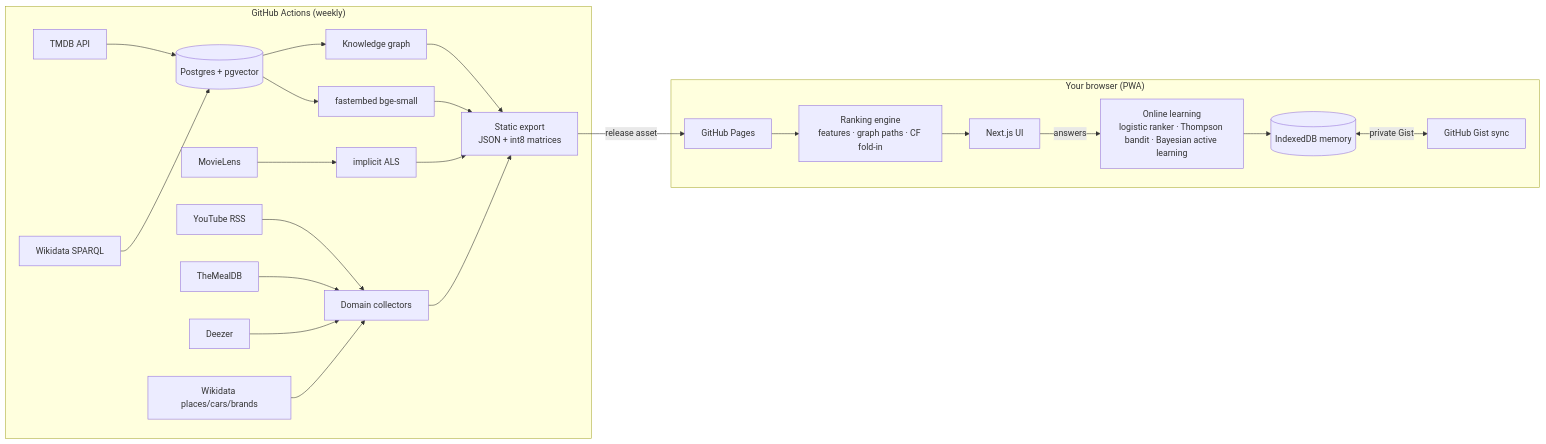
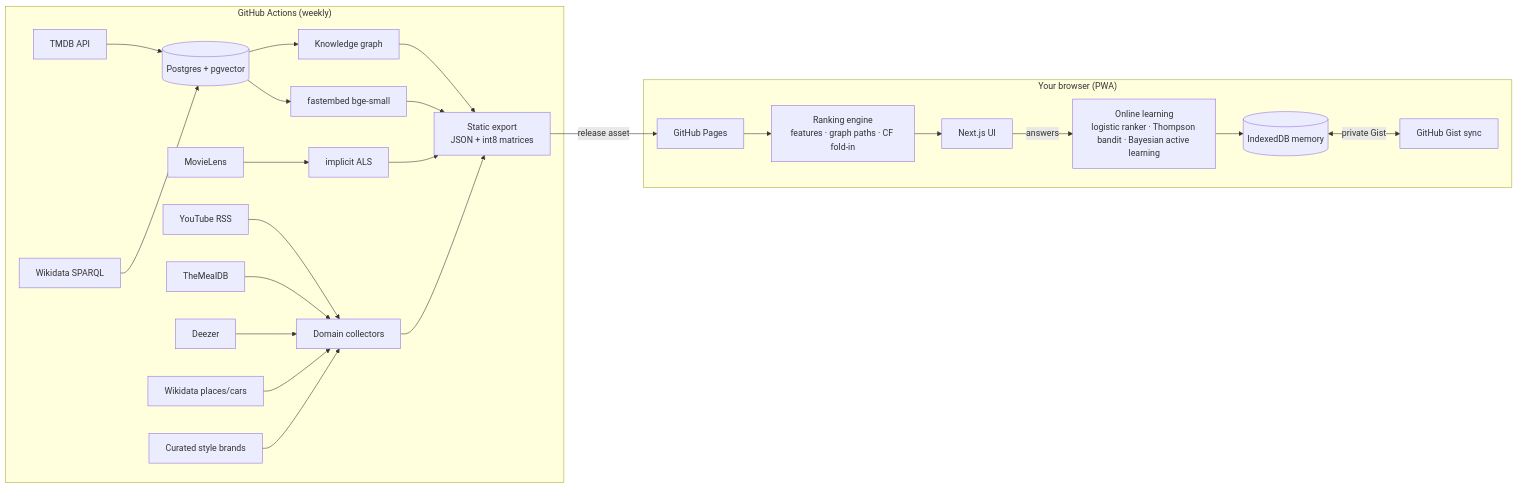
One commit to Polluxgnr/cinegraph changed the diagram in README.md. Above: the diagram before and after it, drawn with Mermaid. The commit also changed other lines of this file and 16 other files, not shown here.

````diff
--- a/README.md
+++ b/README.md
@@ -25,20 +26,20 @@
 ```mermaid
 flowchart LR
   subgraph CI["GitHub Actions (weekly)"]
     T[TMDB API] --> PG[(Postgres + pgvector)]
     W[Wikidata SPARQL] --> PG
     ML[MovieLens] --> ALS[implicit ALS]
     PG --> KG[Knowledge graph]
     PG --> EMB[fastembed bge-small]
-    YT[YouTube RSS] & MDB[TheMealDB] & DZ[Deezer] & WD2[Wikidata places/cars/brands] --> DOM[Domain collectors]
+    YT[YouTube RSS] & MDB[TheMealDB] & DZ[Deezer] & WD2[Wikidata places/cars] & STY[Curated style brands] --> DOM[Domain collectors]
     KG & EMB & ALS & DOM --> EXP[Static export<br/>JSON + int8 matrices]
   end
   EXP -->|release asset| PAGES[GitHub Pages]
   subgraph Browser["Your browser (PWA)"]
     PAGES --> ENG[Ranking engine<br/>features · graph paths · CF fold-in]
     ENG --> UI[Next.js UI]
     UI -->|answers| LEARN[Online learning<br/>logistic ranker · Thompson bandit · Bayesian active learning]
     LEARN --> MEM[(IndexedDB memory)]
     MEM <-->|private Gist| SYNC[GitHub Gist sync]
   end
 ```
````
